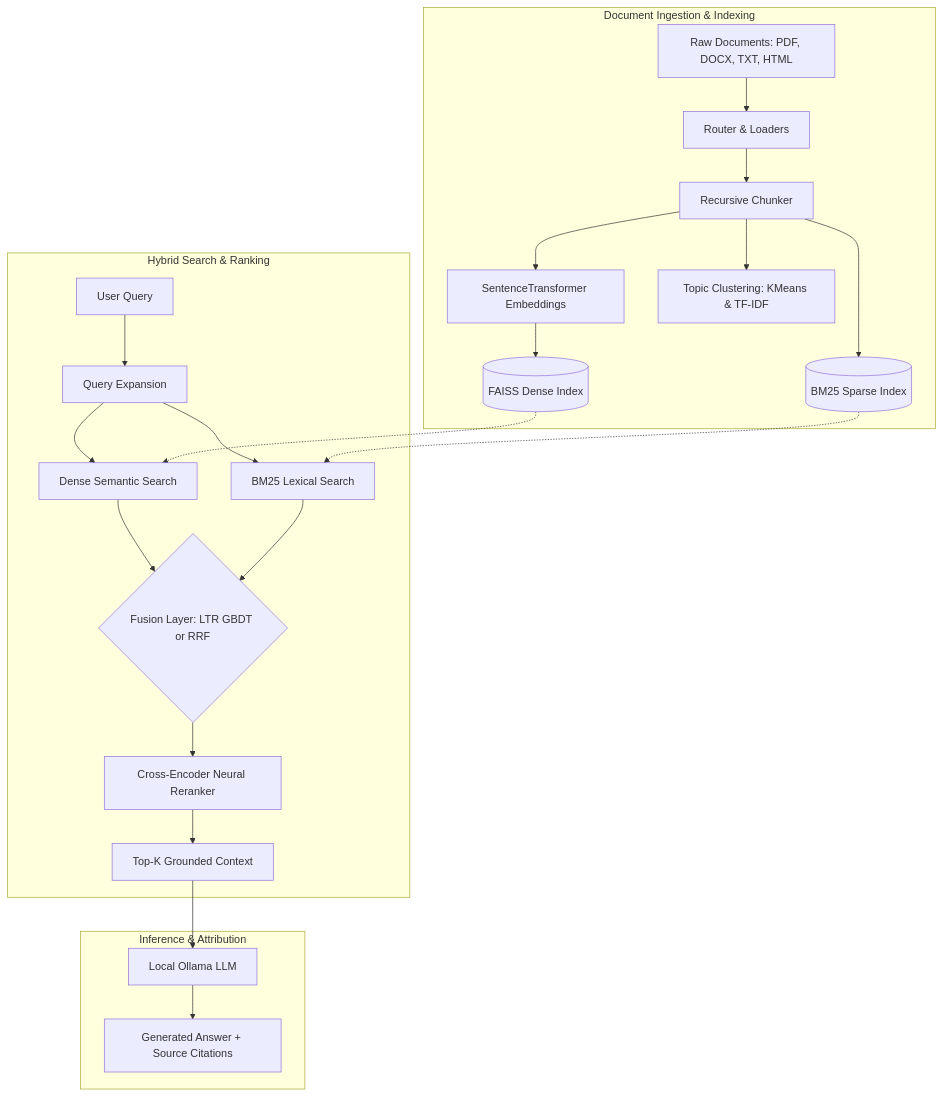
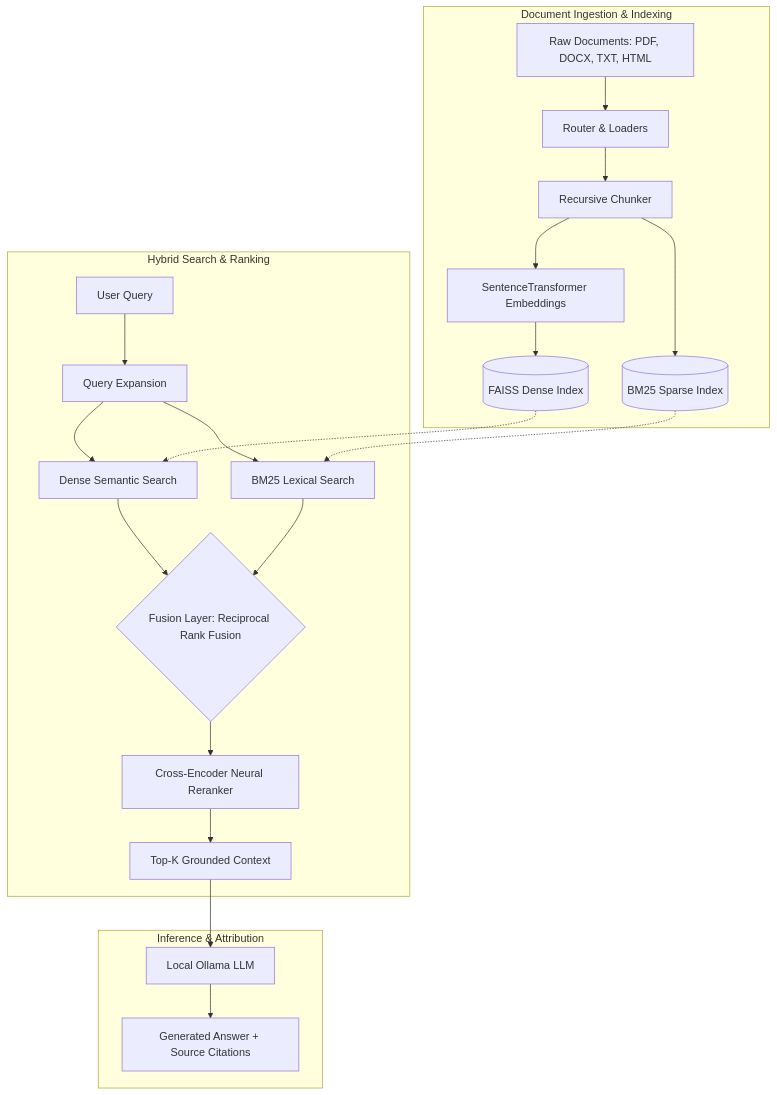
One commit to PALAK7890/RAGForge changed the first of 4 diagrams in docs/architecture.md. Above: the diagram before and after it, drawn with Mermaid. The commit also changed other lines of this file and 7 other files, not shown here.

Commit message:
Move clustering and LTR retrieval to experimental branch

````diff
--- a/docs/architecture.md
+++ b/docs/architecture.md
@@ -9,28 +9,27 @@
 ```mermaid
 flowchart TD
     subgraph Ingestion["Document Ingestion & Indexing"]
         A[Raw Documents: PDF, DOCX, TXT, HTML] --> R[Router & Loaders]
         R --> C[Recursive Chunker]
         C --> EMB[SentenceTransformer Embeddings]
         EMB --> FAISS[(FAISS Dense Index)]
         C --> BM25[(BM25 Sparse Index)]
-        C --> CLUST[Topic Clustering: KMeans & TF-IDF]
     end
 
     subgraph QueryExecution["Hybrid Search & Ranking"]
         Q[User Query] --> QE[Query Expansion]
         QE --> D_SEARCH[Dense Semantic Search]
         QE --> S_SEARCH[BM25 Lexical Search]
         FAISS -.-> D_SEARCH
         BM25 -.-> S_SEARCH
-        D_SEARCH --> FUSION{Fusion Layer: LTR GBDT or RRF}
+        D_SEARCH --> FUSION{Fusion Layer: Reciprocal Rank Fusion}
         S_SEARCH --> FUSION
         FUSION --> CE[Cross-Encoder Neural Reranker]
         CE --> TOPK[Top-K Grounded Context]
     end
 
     subgraph Generation["Inference & Attribution"]
         TOPK --> LLM[Local Ollama LLM]
         LLM --> ANS[Generated Answer + Source Citations]
     end
 ```
````
